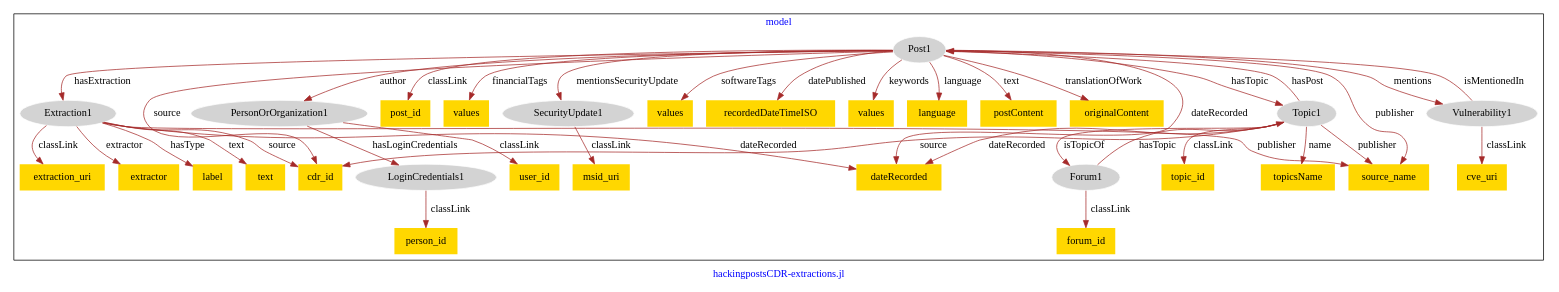
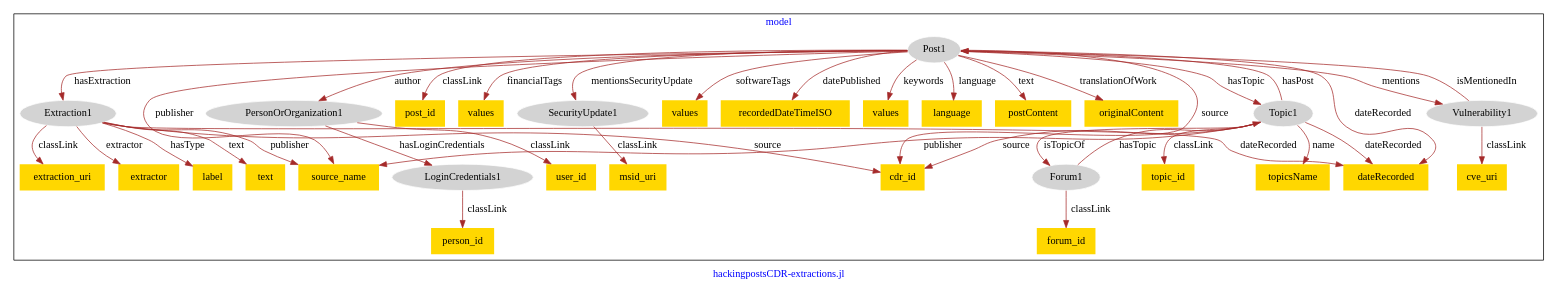
The diagram in models/asu-hacking-posts/hacking_posts-model.dot (usc-isi-i2/effect-alignment), drawn with Graphviz before and after one commit.

Commit message:
Update file hacking_posts-model.dot

```diff
--- a/models/asu-hacking-posts/hacking_posts-model.dot
+++ b/models/asu-hacking-posts/hacking_posts-model.dot
@@ -1,76 +1,76 @@
 digraph n0 {
 fontcolor="blue"
 remincross="true"
 label="hackingpostsCDR-extractions.jl"
 subgraph cluster {
 label="model"
 n2[style="filled",color="white",fillcolor="lightgray",label="Extraction1"];
 n3[shape="plaintext",style="filled",fillcolor="gold",label="extraction_uri"];
 n4[shape="plaintext",style="filled",fillcolor="gold",label="extractor"];
 n5[shape="plaintext",style="filled",fillcolor="gold",label="label"];
-n6[shape="plaintext",style="filled",fillcolor="gold",label="cdr_id"];
+n6[shape="plaintext",style="filled",fillcolor="gold",label="source_name"];
 n7[shape="plaintext",style="filled",fillcolor="gold",label="text"];
 n8[style="filled",color="white",fillcolor="lightgray",label="Forum1"];
 n9[shape="plaintext",style="filled",fillcolor="gold",label="forum_id"];
 n10[style="filled",color="white",fillcolor="lightgray",label="LoginCredentials1"];
 n11[shape="plaintext",style="filled",fillcolor="gold",label="person_id"];
 n12[style="filled",color="white",fillcolor="lightgray",label="PersonOrOrganization1"];
 n13[shape="plaintext",style="filled",fillcolor="gold",label="user_id"];
 n14[style="filled",color="white",fillcolor="lightgray",label="Post1"];
 n15[shape="plaintext",style="filled",fillcolor="gold",label="post_id"];
 n16[shape="plaintext",style="filled",fillcolor="gold",label="values"];
 n17[style="filled",color="white",fillcolor="lightgray",label="SecurityUpdate1"];
 n18[shape="plaintext",style="filled",fillcolor="gold",label="values"];
 n19[shape="plaintext",style="filled",fillcolor="gold",label="recordedDateTimeISO"];
 n20[shape="plaintext",style="filled",fillcolor="gold",label="values"];
 n21[shape="plaintext",style="filled",fillcolor="gold",label="language"];
 n22[shape="plaintext",style="filled",fillcolor="gold",label="postContent"];
 n23[shape="plaintext",style="filled",fillcolor="gold",label="originalContent"];
 n24[shape="plaintext",style="filled",fillcolor="gold",label="msid_uri"];
 n25[style="filled",color="white",fillcolor="lightgray",label="Topic1"];
 n26[shape="plaintext",style="filled",fillcolor="gold",label="topic_id"];
 n27[shape="plaintext",style="filled",fillcolor="gold",label="topicsName"];
 n28[style="filled",color="white",fillcolor="lightgray",label="Vulnerability1"];
 n29[shape="plaintext",style="filled",fillcolor="gold",label="cve_uri"];
-n30[shape="plaintext",style="filled",fillcolor="gold",label="dateRecorded"];
-n31[shape="plaintext",style="filled",fillcolor="gold",label="source_name"];
+n30[shape="plaintext",style="filled",fillcolor="gold",label="cdr_id"];
+n31[shape="plaintext",style="filled",fillcolor="gold",label="dateRecorded"];
 }
 n2 -> n3[color="brown",fontcolor="black",label="classLink"]
 n2 -> n4[color="brown",fontcolor="black",label="extractor"]
 n2 -> n5[color="brown",fontcolor="black",label="hasType"]
-n2 -> n6[color="brown",fontcolor="black",label="source"]
+n2 -> n6[color="brown",fontcolor="black",label="publisher"]
 n2 -> n7[color="brown",fontcolor="black",label="text"]
 n8 -> n9[color="brown",fontcolor="black",label="classLink"]
 n10 -> n11[color="brown",fontcolor="black",label="classLink"]
 n12 -> n13[color="brown",fontcolor="black",label="classLink"]
-n12 -> n10[color="brown",fontcolor="black",label="hasLoginCredentials"]
 n14 -> n15[color="brown",fontcolor="black",label="classLink"]
 n14 -> n16[color="brown",fontcolor="black",label="financialTags"]
 n14 -> n17[color="brown",fontcolor="black",label="mentionsSecurityUpdate"]
 n14 -> n18[color="brown",fontcolor="black",label="softwareTags"]
 n14 -> n19[color="brown",fontcolor="black",label="datePublished"]
 n14 -> n20[color="brown",fontcolor="black",label="keywords"]
 n14 -> n21[color="brown",fontcolor="black",label="language"]
 n14 -> n22[color="brown",fontcolor="black",label="text"]
 n14 -> n23[color="brown",fontcolor="black",label="translationOfWork"]
 n17 -> n24[color="brown",fontcolor="black",label="classLink"]
 n25 -> n26[color="brown",fontcolor="black",label="classLink"]
+n25 -> n27[color="brown",fontcolor="black",label="name"]
+n25 -> n6[color="brown",fontcolor="black",label="publisher"]
+n28 -> n29[color="brown",fontcolor="black",label="classLink"]
+n14 -> n25[color="brown",fontcolor="black",label="hasTopic"]
+n25 -> n30[color="brown",fontcolor="black",label="source"]
+n14 -> n12[color="brown",fontcolor="black",label="author"]
+n2 -> n30[color="brown",fontcolor="black",label="source"]
+n28 -> n14[color="brown",fontcolor="black",label="isMentionedIn"]
+n14 -> n30[color="brown",fontcolor="black",label="source"]
+n14 -> n31[color="brown",fontcolor="black",label="dateRecorded"]
+n14 -> n28[color="brown",fontcolor="black",label="mentions"]
+n12 -> n10[color="brown",fontcolor="black",label="hasLoginCredentials"]
+n25 -> n31[color="brown",fontcolor="black",label="dateRecorded"]
+n25 -> n14[color="brown",fontcolor="black",label="hasPost"]
 n25 -> n8[color="brown",fontcolor="black",label="isTopicOf"]
-n25 -> n27[color="brown",fontcolor="black",label="name"]
-n28 -> n29[color="brown",fontcolor="black",label="classLink"]
-n14 -> n30[color="brown",fontcolor="black",label="dateRecorded"]
-n14 -> n25[color="brown",fontcolor="black",label="hasTopic"]
-n14 -> n31[color="brown",fontcolor="black",label="publisher"]
-n2 -> n31[color="brown",fontcolor="black",label="publisher"]
-n14 -> n12[color="brown",fontcolor="black",label="author"]
-n2 -> n30[color="brown",fontcolor="black",label="dateRecorded"]
-n28 -> n14[color="brown",fontcolor="black",label="isMentionedIn"]
-n25 -> n6[color="brown",fontcolor="black",label="source"]
-n25 -> n31[color="brown",fontcolor="black",label="publisher"]
-n25 -> n30[color="brown",fontcolor="black",label="dateRecorded"]
-n14 -> n28[color="brown",fontcolor="black",label="mentions"]
-n25 -> n14[color="brown",fontcolor="black",label="hasPost"]
-n14 -> n6[color="brown",fontcolor="black",label="source"]
 n8 -> n25[color="brown",fontcolor="black",label="hasTopic"]
 n14 -> n2[color="brown",fontcolor="black",label="hasExtraction"]
+n2 -> n31[color="brown",fontcolor="black",label="dateRecorded"]
+n14 -> n6[color="brown",fontcolor="black",label="publisher"]
 }
```
